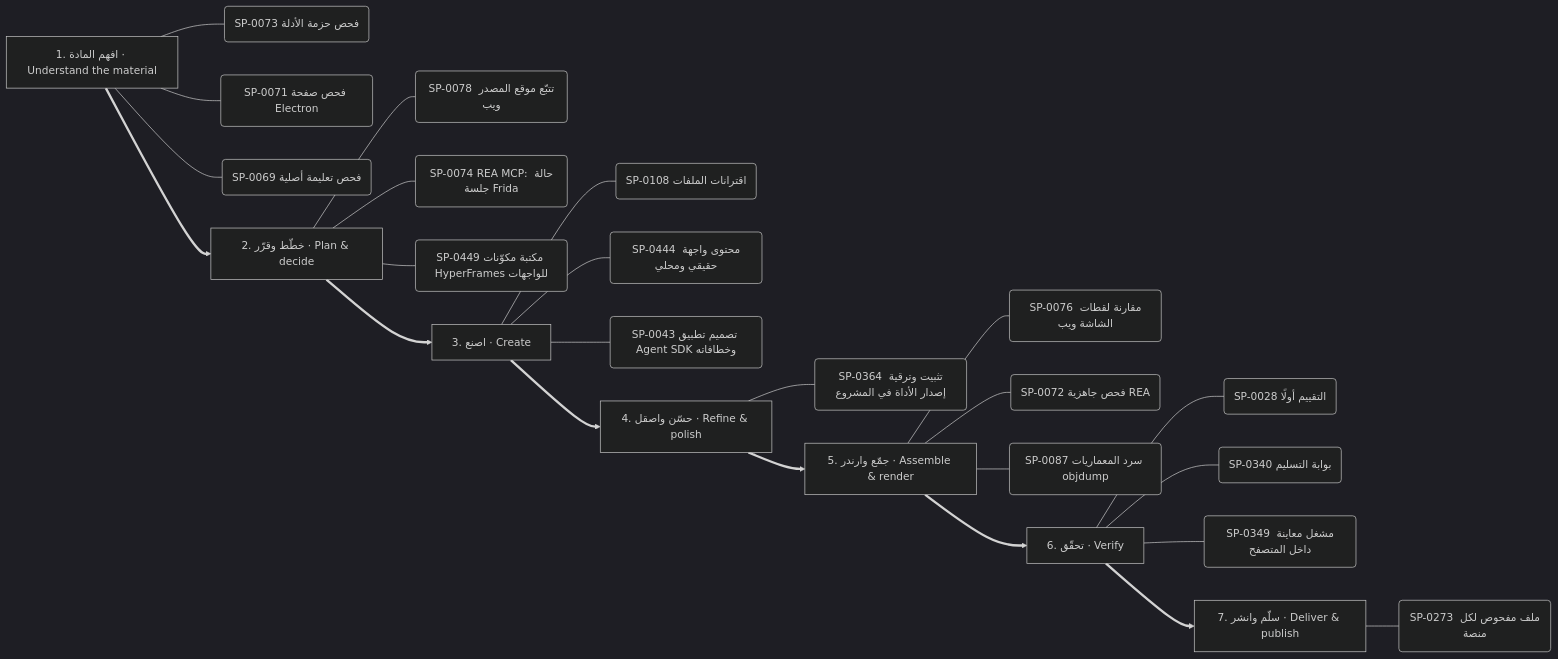
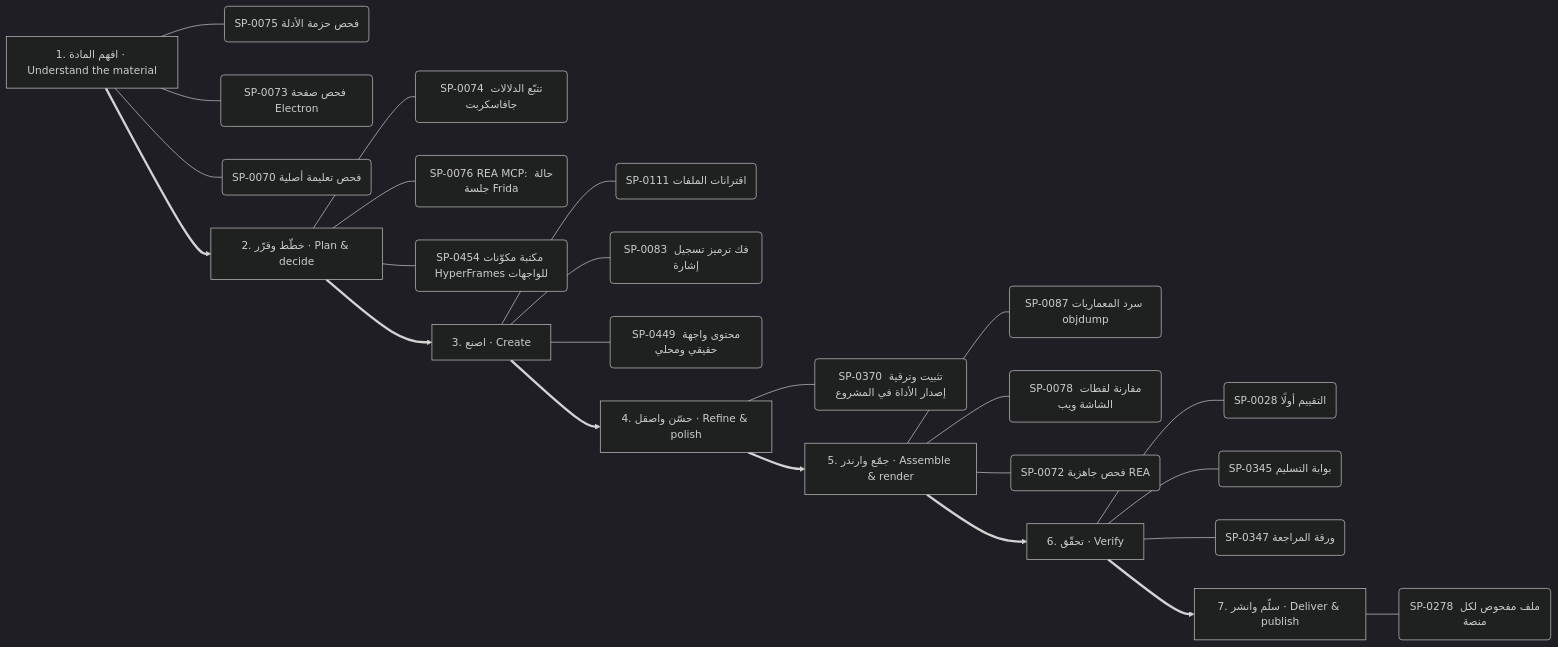
Before and after one commit to kosif199022-jpg/kosif-tool: diagram 11 of 13 in .claude/skills/kosif-superpowers/references/capability-mindmap.md, drawn with Mermaid (dark theme). The commit also changed other lines of this file and 376 other files, not shown here.

````diff
--- a/.claude/skills/kosif-superpowers/references/capability-mindmap.md
+++ b/.claude/skills/kosif-superpowers/references/capability-mindmap.md
@@ -546,33 +550,33 @@
 ```mermaid
 flowchart LR
   S0["1. افهم المادة · Understand the material"]
-  S0 --- S0_0("SP-0073 فحص حزمة الأدلة")
-  S0 --- S0_1("SP-0071 فحص صفحة Electron")
-  S0 --- S0_2("SP-0069 فحص تعليمة أصلية")
+  S0 --- S0_0("SP-0075 فحص حزمة الأدلة")
+  S0 --- S0_1("SP-0073 فحص صفحة Electron")
+  S0 --- S0_2("SP-0070 فحص تعليمة أصلية")
   S1["2. خطّط وقرّر · Plan & decide"]
-  S1 --- S1_0("SP-0078 تتبّع موقع المصدر ويب")
-  S1 --- S1_1("SP-0074 REA MCP: حالة جلسة Frida")
-  S1 --- S1_2("SP-0449 مكتبة مكوّنات HyperFrames للواجهات")
+  S1 --- S1_0("SP-0074 تتبّع الدلالات جافاسكربت")
+  S1 --- S1_1("SP-0076 REA MCP: حالة جلسة Frida")
+  S1 --- S1_2("SP-0454 مكتبة مكوّنات HyperFrames للواجهات")
   S0 ==> S1
   S2["3. اصنع · Create"]
-  S2 --- S2_0("SP-0108 اقترانات الملفات")
-  S2 --- S2_1("SP-0444 محتوى واجهة حقيقي ومحلي")
-  S2 --- S2_2("SP-0043 تصميم تطبيق Agent SDK وخطافاته")
+  S2 --- S2_0("SP-0111 اقترانات الملفات")
+  S2 --- S2_1("SP-0083 فك ترميز تسجيل إشارة")
+  S2 --- S2_2("SP-0449 محتوى واجهة حقيقي ومحلي")
   S1 ==> S2
   S3["4. حسّن واصقل · Refine & polish"]
-  S3 --- S3_0("SP-0364 تثبيت وترقية إصدار الأداة في المشروع")
+  S3 --- S3_0("SP-0370 تثبيت وترقية إصدار الأداة في المشروع")
   S2 ==> S3
   S4["5. جمّع وارندر · Assemble & render"]
-  S4 --- S4_0("SP-0076 مقارنة لقطات الشاشة ويب")
-  S4 --- S4_1("SP-0072 فحص جاهزية REA")
-  S4 --- S4_2("SP-0087 سرد المعماريات objdump")
+  S4 --- S4_0("SP-0087 سرد المعماريات objdump")
+  S4 --- S4_1("SP-0078 مقارنة لقطات الشاشة ويب")
+  S4 --- S4_2("SP-0072 فحص جاهزية REA")
   S3 ==> S4
   S5["6. تحقّق · Verify"]
   S5 --- S5_0("SP-0028 التقييم أولًا")
-  S5 --- S5_1("SP-0340 بوابة التسليم")
-  S5 --- S5_2("SP-0349 مشغل معاينة داخل المتصفح")
+  S5 --- S5_1("SP-0345 بوابة التسليم")
+  S5 --- S5_2("SP-0347 ورقة المراجعة")
   S4 ==> S5
   S6["7. سلّم وانشر · Deliver & publish"]
-  S6 --- S6_0("SP-0273 ملف مفحوص لكل منصة")
+  S6 --- S6_0("SP-0278 ملف مفحوص لكل منصة")
   S5 ==> S6
 ```
````
